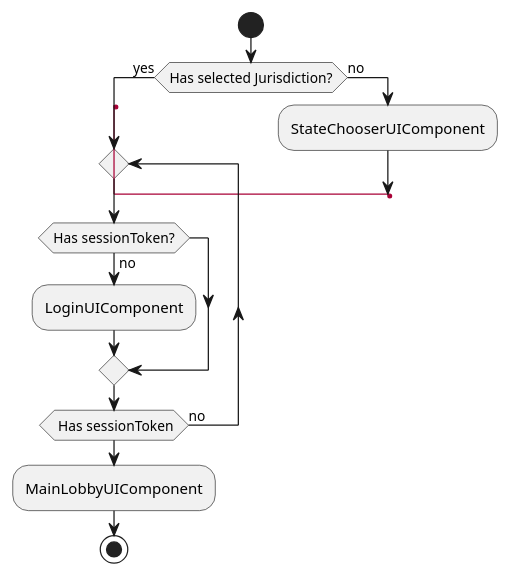
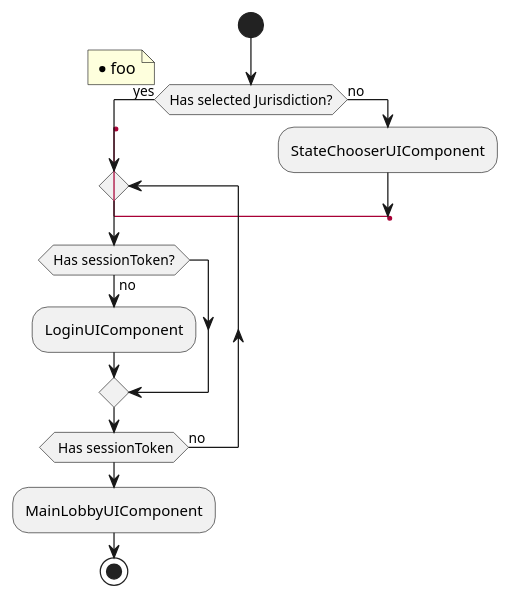
The diagram in uml/login.puml (palainteractivedev/umlmodels), drawn with PlantUML before and after one commit.

```diff
--- a/uml/login.puml
+++ b/uml/login.puml
@@ -1,19 +1,21 @@
 @startuml
 
 start
 if (Has selected Jurisdiction?) then (yes)
   label lbl_login
   repeat
     if (Has sessionToken?) then (no)
       :LoginUIComponent;
     endif
   repeat while( Has sessionToken) is (no)
   :MainLobbyUIComponent;
   stop
 else (no)
   :StateChooserUIComponent;
   goto lbl_login
 endif
-
+note left
+  * foo
+end note
 
 @enduml
```
